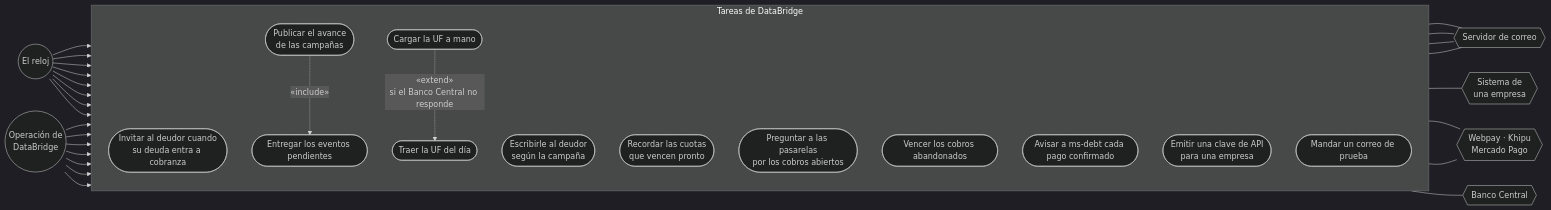
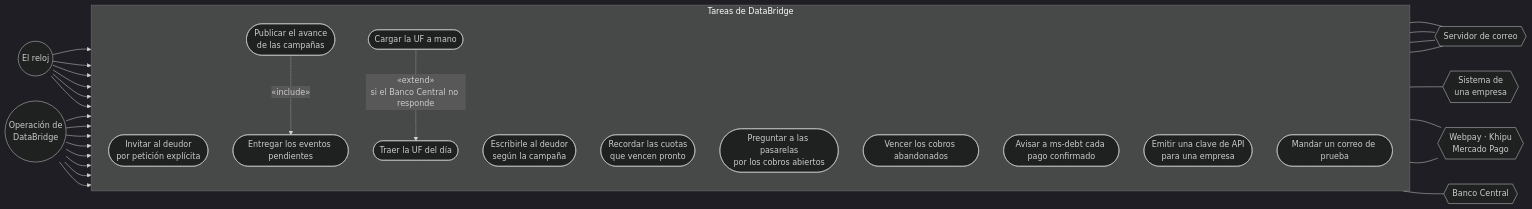
The sixth of 6 diagrams in docs/diagramas/casos-de-uso.md (TechnicalBridge/DataBridge), drawn with Mermaid (dark theme) before and after one commit. The commit also changed other lines of this file and 63 other files, not shown here.

````diff
--- a/docs/diagramas/casos-de-uso.md
+++ b/docs/diagramas/casos-de-uso.md
@@ -281,37 +281,37 @@
 ```mermaid
 flowchart LR
     REL(("El reloj"))
     OPE(("Operación de<br/>DataBridge"))
     subgraph AUT["Tareas de DataBridge"]
         direction TB
-        R0(["Invitar al deudor cuando<br/>su deuda entra a cobranza"])
+        R0(["Invitar al deudor<br/>por petición explícita"])
         R1(["Escribirle al deudor<br/>según la campaña"])
         R2(["Recordar las cuotas<br/>que vencen pronto"])
         R3(["Publicar el avance<br/>de las campañas"])
         R4(["Entregar los eventos pendientes"])
         R5(["Preguntar a las pasarelas<br/>por los cobros abiertos"])
         R6(["Vencer los cobros abandonados"])
         R7(["Avisar a ms-debt cada pago confirmado"])
         R8(["Traer la UF del día"])
         O1(["Cargar la UF a mano"])
         O2(["Emitir una clave de API<br/>para una empresa"])
         O3(["Mandar un correo de prueba"])
     end
     COR{{"Servidor de correo"}}
     PAS{{"Webpay · Khipu<br/>Mercado Pago"}}
     BCC{{"Banco Central"}}
     SIS{{"Sistema de<br/>una empresa"}}
 
-    REL --> R1 & R2 & R3 & R4 & R5 & R6 & R7 & R8
-    OPE --> R1 & R2 & R3 & R8 & O1 & O2 & O3
+    REL --> R3 & R4 & R5 & R6 & R7 & R8
+    OPE --> R0 & R1 & R2 & R3 & R8 & O1 & O2 & O3
     O3 --- COR
     R0 --- COR
     R1 --- COR
     R2 --- COR
     R3 -. "«include»" .-> R4
     R4 --- SIS
     R5 --- PAS
     R6 --- PAS
     R8 --- BCC
     O1 -. "«extend»<br/>si el Banco Central no responde" .-> R8
 ```
````
